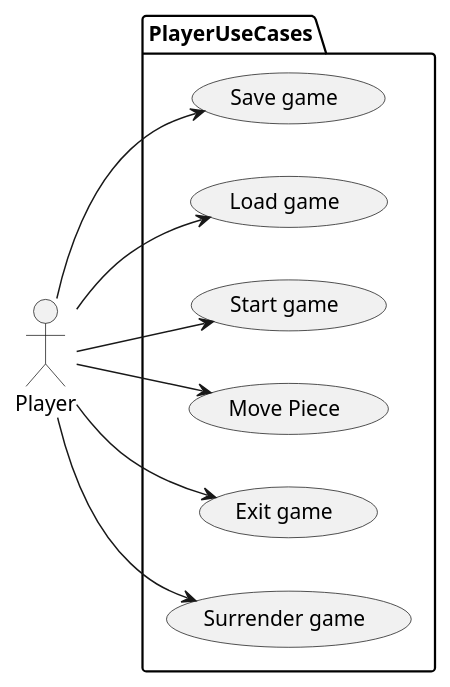
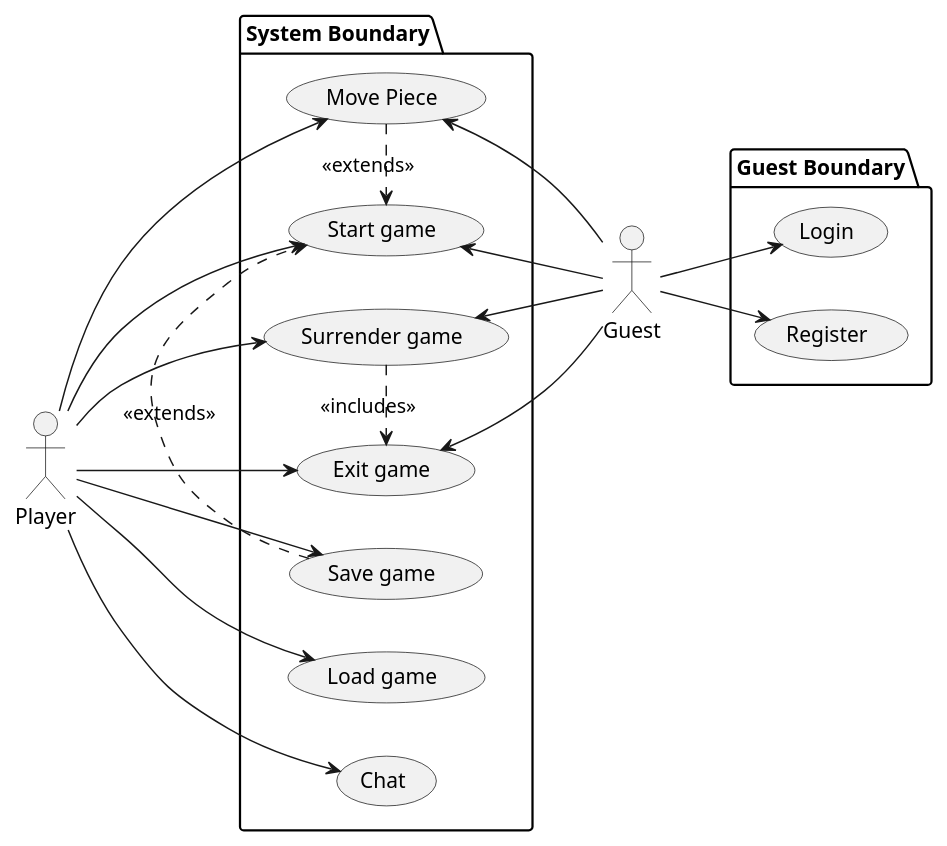
Before and after one commit to nthanq2505/PlantUML-for-ChessGame: the diagram in usecase/player.pu, drawn with PlantUML. The commit also changed 13 other files, not shown here.

```diff
--- a/usecase/player.pu
+++ b/usecase/player.pu
@@ -1,25 +1,46 @@
 @startuml
 
+
 left to right direction
-
 actor Player as player
 
-package PlayerUseCases {
+package "System Boundary" {
+    usecase "Load game" as loadGame
     usecase "Save game" as saveGame
-    usecase "Load game" as loadGame
     usecase "Start game" as startGame
     usecase "Move Piece" as movePiece
     usecase "Exit game" as exitGame
     usecase "Surrender game" as surrenderGame
+    usecase "Chat" as chat
 }
 
+package "Guest Boundary" {
+    usecase "Login" as guestLogin
+    usecase "Register" as guestRegister
+}
+
+:player: --> movePiece
+:player: --> startGame
+:player: --> surrenderGame
 :player: --> saveGame
 :player: --> loadGame
-:player: --> startGame
-:player: --> movePiece
 :player: --> exitGame
-:player: --> surrenderGame
+:player: --> chat
 
-' :System: -> ()
+(movePiece) .> (startGame) : <<extends>>
+(surrenderGame) .> (exitGame) : <<includes>>
+(saveGame) .> (startGame) : <<extends>>
+
+actor Guest as guest
+
+:guest: --> guestLogin
+:guest: --> guestRegister
+:guest: -up-> startGame
+:guest: -up-> exitGame
+:guest: -up-> surrenderGame
+:guest: -up-> movePiece
+
+
+
 
 @enduml
```
